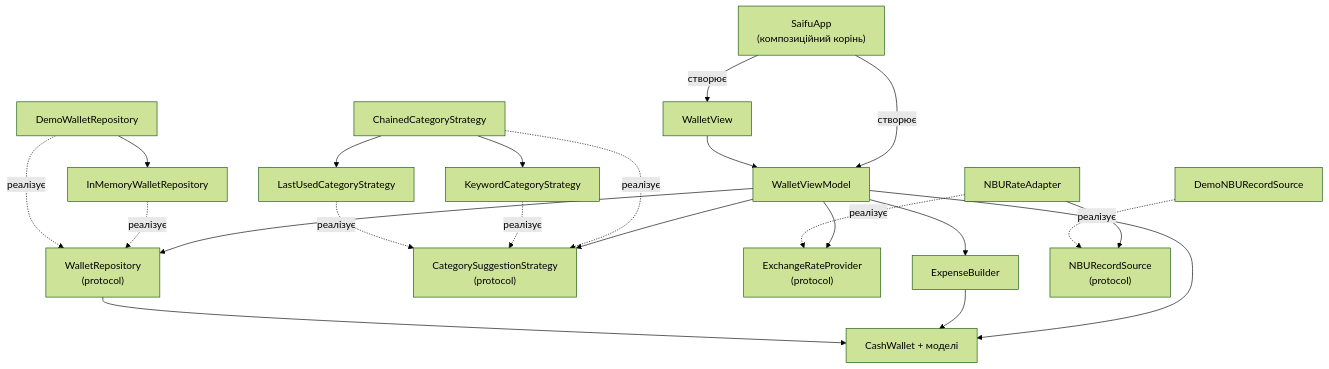
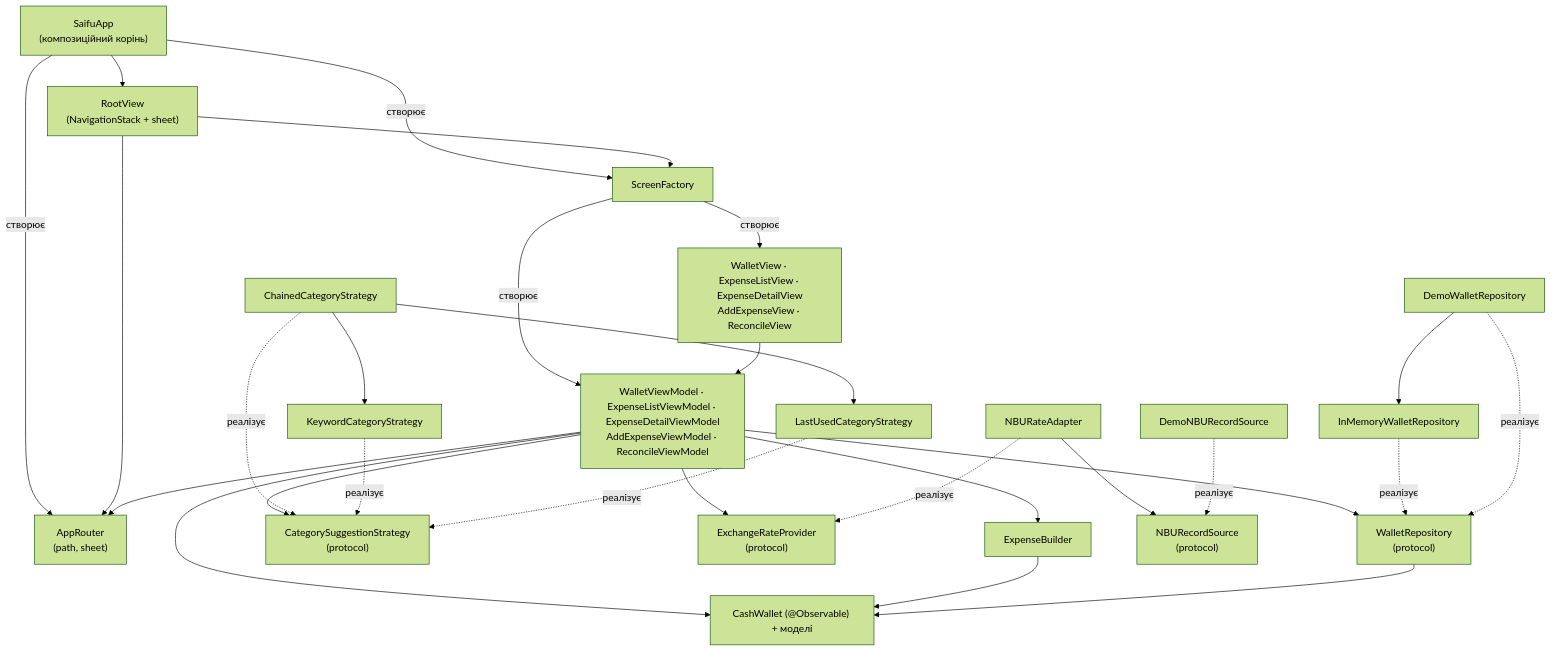
The diagram in docs/architecture.md (shelovesme0/Saifu), drawn with Mermaid (forest theme) before and after one commit. The commit also changed other lines of this file, not shown here.

First line of the commit message:
Document navigation and screens for lab 3

````diff
--- a/docs/architecture.md
+++ b/docs/architecture.md
@@ -15,41 +16,50 @@
 ```mermaid
 graph TD
     App["SaifuApp<br/>(композиційний корінь)"]
-    View["WalletView"]
-    VM["WalletViewModel"]
+    Factory["ScreenFactory"]
+    Router["AppRouter<br/>(path, sheet)"]
+    Root["RootView<br/>(NavigationStack + sheet)"]
+    Views["WalletView · ExpenseListView · ExpenseDetailView<br/>AddExpenseView · ReconcileView"]
+    VMs["WalletViewModel · ExpenseListViewModel · ExpenseDetailViewModel<br/>AddExpenseViewModel · ReconcileViewModel"]
     Repo["WalletRepository<br/>(protocol)"]
     Strat["CategorySuggestionStrategy<br/>(protocol)"]
     Rate["ExchangeRateProvider<br/>(protocol)"]
     Builder["ExpenseBuilder"]
-    Wallet["CashWallet + моделі"]
+    Wallet["CashWallet (@Observable) + моделі"]
     InMem["InMemoryWalletRepository"]
     Demo["DemoWalletRepository"]
     Chain["ChainedCategoryStrategy"]
     Kw["KeywordCategoryStrategy"]
     Last["LastUsedCategoryStrategy"]
     Adapter["NBURateAdapter"]
     Source["NBURecordSource<br/>(protocol)"]
     DemoSrc["DemoNBURecordSource"]
 
-    App -->|створює| View
-    App -->|створює| VM
-    View --> VM
-    VM --> Repo
-    VM --> Strat
-    VM --> Rate
-    VM --> Builder
-    VM --> Wallet
+    App -->|створює| Factory
+    App -->|створює| Router
+    App --> Root
+    Root --> Router
+    Root --> Factory
+    Factory -->|створює| Views
+    Factory -->|створює| VMs
+    Views --> VMs
+    VMs --> Router
+    VMs --> Repo
+    VMs --> Strat
+    VMs --> Rate
+    VMs --> Builder
+    VMs --> Wallet
     Builder --> Wallet
     Repo --> Wallet
     InMem -.реалізує.-> Repo
     Demo -.реалізує.-> Repo
     Demo --> InMem
     Chain -.реалізує.-> Strat
     Kw -.реалізує.-> Strat
     Last -.реалізує.-> Strat
     Chain --> Kw
     Chain --> Last
     Adapter -.реалізує.-> Rate
     Adapter --> Source
     DemoSrc -.реалізує.-> Source
 ```
````
